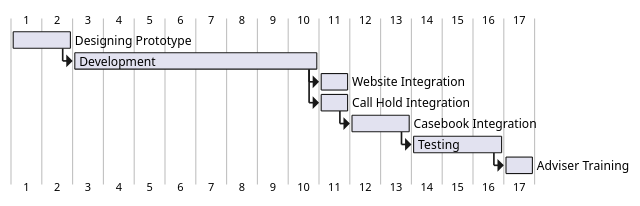
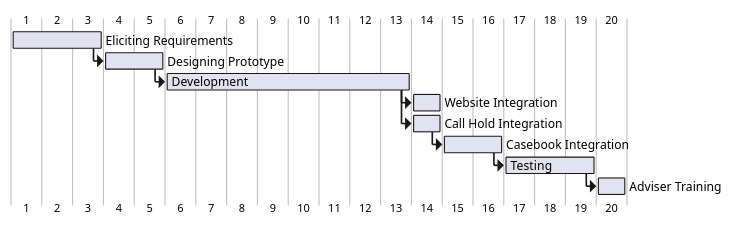
One commit to kt1238/LPTCImplementationPlan changed the diagram in plan.puml. Above: the diagram before and after it, drawn with PlantUML. The commit also changed other lines of this file, not shown here.

Commit message:
added requirements stage

```diff
--- a/plan.puml
+++ b/plan.puml
@@ -1,18 +1,20 @@
 @startgantt
 printscale weekly
+[Eliciting Requirements] requires 3 weeks
 [Designing Prototype] requires 2 weeks
 [Development] requires 8 weeks
 [Website Integration] requires 1 weeks
 [Call Hold Integration] requires 1 weeks
 [Casebook Integration] requires 2 weeks
 [Testing] requires 3 weeks
 [Adviser Training] requires 1 weeks
 
+[Eliciting Requirements] -> [Designing Prototype]
 [Designing Prototype] -> [Development]
 [Development] -> [Website Integration]
 [Development] -> [Call Hold Integration]
 [Call Hold Integration] -> [Casebook Integration]
 [Casebook Integration] -> [Testing]
 [Testing] -> [Adviser Training]
 
 @endgantt
```
